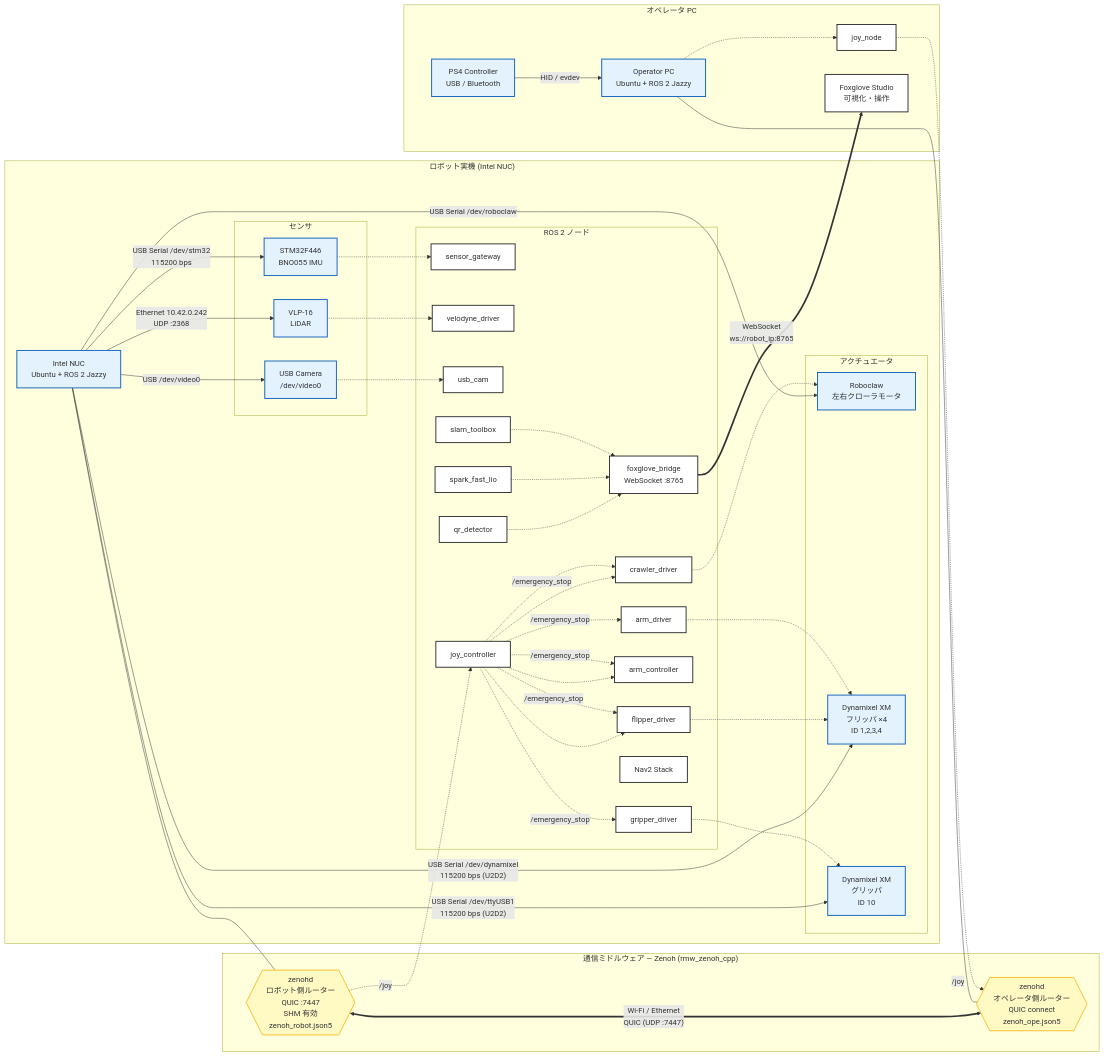
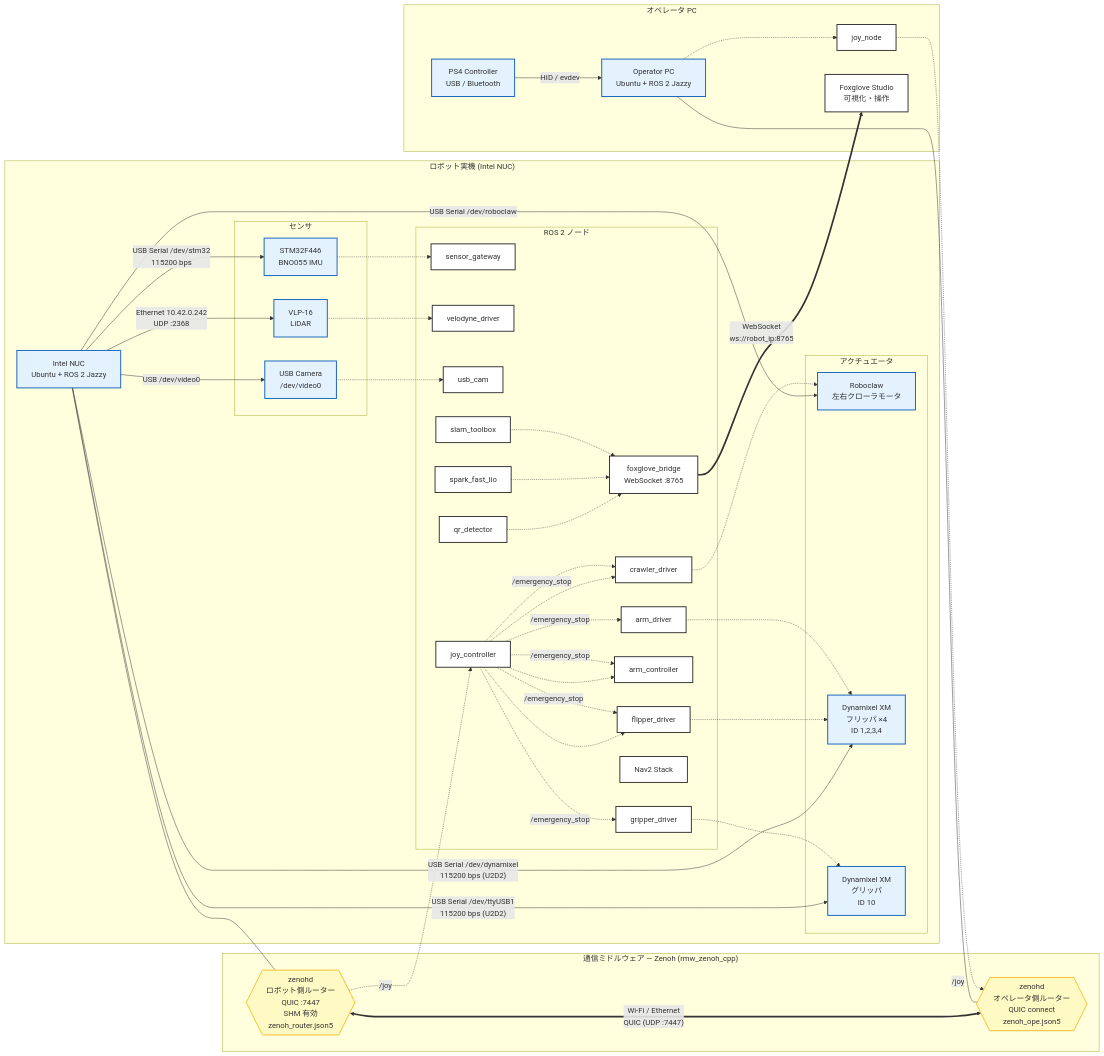
The diagram in main_ws/topology/network_topology.mmd (lazytatzv/rustacean_roborescue), drawn with Mermaid before and after one commit. The commit also changed 4 other files, not shown here.

Commit message:
docs: update references to removed zenoh configs (use zenoh_router.json5 / operator/zenoh_ope.json5)

```diff
--- a/main_ws/topology/network_topology.mmd
+++ b/main_ws/topology/network_topology.mmd
@@ -1,107 +1,107 @@
 graph LR
   %% =============================================
   %% Rustacean RoboRescue — Network & Hardware Topology
   %% =============================================
 
   classDef device fill:#e3f2fd,stroke:#1565c0,stroke-width:2px;
   classDef proto fill:#fff9c4,stroke:#fbc02d,stroke-width:2px;
   classDef ros_node fill:#fff,stroke:#333,stroke-width:2px;
 
   %% =============================================
   %% ロボット実機
   %% =============================================
   subgraph Robot["ロボット実機 (Intel NUC)"]
     NUC[Intel NUC<br/>Ubuntu + ROS 2 Jazzy]:::device
 
     subgraph Sensors["センサ"]
       STM32[STM32F446<br/>BNO055 IMU]:::device
       VLP16[VLP-16<br/>LiDAR]:::device
       USB_CAM[USB Camera<br/>/dev/video0]:::device
     end
 
     subgraph Actuators["アクチュエータ"]
       ROBOCLAW[Roboclaw<br/>左右クローラモータ]:::device
       DXL_F[Dynamixel XM<br/>フリッパ ×4<br/>ID 1,2,3,4]:::device
       DXL_G[Dynamixel XM<br/>グリッパ<br/>ID 10]:::device
     end
 
     subgraph ROS_Nodes["ROS 2 ノード"]
       N_gateway[sensor_gateway]:::ros_node
       N_vlp[velodyne_driver]:::ros_node
       N_cam[usb_cam]:::ros_node
       N_crawler[crawler_driver]:::ros_node
       N_flipper[flipper_driver]:::ros_node
       N_gripper[gripper_driver]:::ros_node
       N_spark[spark_fast_lio]:::ros_node
       N_slam[slam_toolbox]:::ros_node
       N_arm[arm_controller]:::ros_node
       N_arm_drv[arm_driver]:::ros_node
       N_qr[qr_detector]:::ros_node
       N_nav2[Nav2 Stack]:::ros_node
       N_joyctrl[joy_controller]:::ros_node
       N_fgbridge[foxglove_bridge<br/>WebSocket :8765]:::ros_node
     end
 
     NUC -- "USB Serial /dev/stm32<br/>115200 bps" --> STM32
     NUC -- "Ethernet 10.42.0.242<br/>UDP :2368" --> VLP16
     NUC -- "USB /dev/video0" --> USB_CAM
     NUC -- "USB Serial /dev/roboclaw" --> ROBOCLAW
     NUC -- "USB Serial /dev/dynamixel<br/>115200 bps (U2D2)" --> DXL_F
     NUC -- "USB Serial /dev/ttyUSB1<br/>115200 bps (U2D2)" --> DXL_G
 
     STM32 -.-> N_gateway
     VLP16 -.-> N_vlp
     USB_CAM -.-> N_cam
     N_crawler -.-> ROBOCLAW
     N_flipper -.-> DXL_F
     N_arm_drv -.-> DXL_F
     N_gripper -.-> DXL_G
   end
 
   %% =============================================
   %% ネットワーク (Zenoh / QUIC)
   %% =============================================
   subgraph Network["通信ミドルウェア — Zenoh (rmw_zenoh_cpp)"]
-    ZENOH_R{{zenohd<br/>ロボット側ルーター<br/>QUIC :7447<br/>SHM 有効<br/>zenoh_robot.json5}}:::proto
+    ZENOH_R{{zenohd<br/>ロボット側ルーター<br/>QUIC :7447<br/>SHM 有効<br/>zenoh_router.json5}}:::proto
     ZENOH_O{{zenohd<br/>オペレータ側ルーター<br/>QUIC connect<br/>zenoh_ope.json5}}:::proto
     ZENOH_R <== "Wi-Fi / Ethernet<br/>QUIC (UDP :7447)" ==> ZENOH_O
   end
 
   %% =============================================
   %% オペレータ PC
   %% =============================================
   subgraph Operator["オペレータ PC"]
     OPE_PC[Operator PC<br/>Ubuntu + ROS 2 Jazzy]:::device
     PS4[PS4 Controller<br/>USB / Bluetooth]:::device
     N_joy[joy_node]:::ros_node
     FOXGLOVE[Foxglove Studio<br/>可視化・操作]:::ros_node
 
     PS4 -- "HID / evdev" --> OPE_PC
     OPE_PC -.-> N_joy
   end
 
   %% =============================================
   %% 接続
   %% =============================================
   NUC --- ZENOH_R
   OPE_PC --- ZENOH_O
 
   %% =============================================
   %% トピック経路 (Zenoh 経由)
   %% =============================================
   N_joy -. "/joy" .-> ZENOH_O
   ZENOH_R -. "/joy" .-> N_joyctrl
   N_joyctrl -.-> N_crawler
   N_joyctrl -.-> N_flipper
   N_joyctrl -.-> N_arm
   N_joyctrl -. "/emergency_stop" .-> N_crawler
   N_joyctrl -. "/emergency_stop" .-> N_flipper
   N_joyctrl -. "/emergency_stop" .-> N_arm
   N_joyctrl -. "/emergency_stop" .-> N_arm_drv
   N_joyctrl -. "/emergency_stop" .-> N_gripper
 
   N_qr -.-> N_fgbridge
   N_spark -.-> N_fgbridge
   N_slam -.-> N_fgbridge
 
   N_fgbridge == "WebSocket<br/>ws://robot_ip:8765" ==> FOXGLOVE
```
